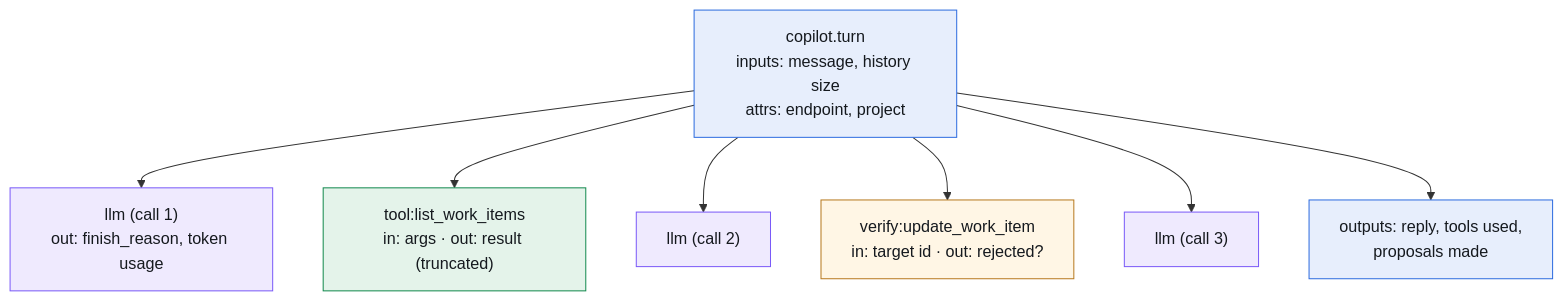
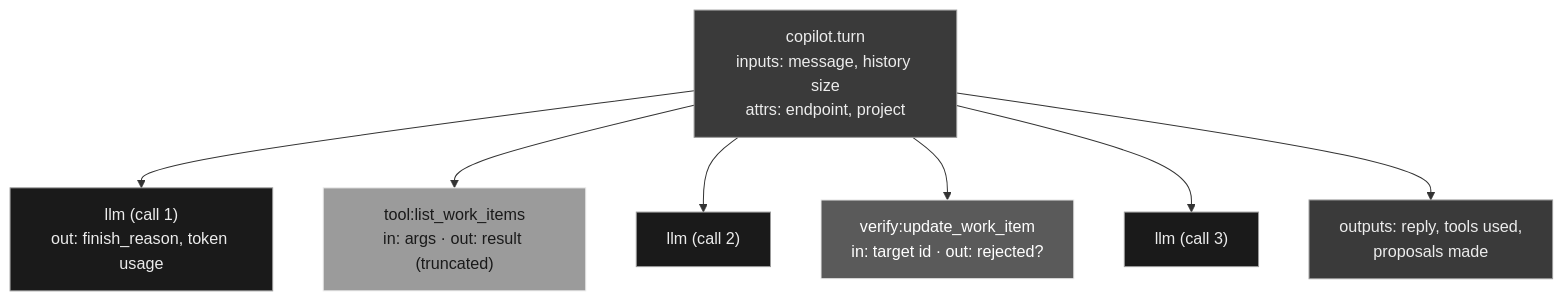
One commit to jpaladini/jpaladini changed the first of 2 diagrams in src/content/blog/ado-mlflow-tracing.md. Above: the diagram before and after it, drawn with Mermaid. The commit also changed other lines of this file and 7 other files, not shown here.

First line of the commit message:
Fix diagram error, grey diagram palette, home diagram scroll, service dates

````diff
--- a/src/content/blog/ado-mlflow-tracing.md
+++ b/src/content/blog/ado-mlflow-tracing.md
@@ -54,19 +54,19 @@
 ```mermaid
 flowchart TB
   T["copilot.turn<br/>inputs: message, history size<br/>attrs: endpoint, project"]
   T --> L1["llm (call 1)<br/>out: finish_reason, token usage"]
   T --> TO1["tool:list_work_items<br/>in: args · out: result (truncated)"]
   T --> L2["llm (call 2)"]
   T --> V1["verify:update_work_item<br/>in: target id · out: rejected?"]
   T --> L3["llm (call 3)"]
   T --> O["outputs: reply, tools used,<br/>proposals made"]
 
-  classDef turn fill:#E7EEFC,stroke:#2D6CDF,color:#15191E;
-  classDef llm fill:#EFEAFE,stroke:#7A5AF8,color:#15191E;
-  classDef tool fill:#E4F3EA,stroke:#138A4E,color:#15191E;
-  classDef verify fill:#FFF6E5,stroke:#B7791F,color:#15191E;
+  classDef turn fill:#3a3a3a,stroke:#9b9b9b,color:#ececec;
+  classDef llm fill:#1a1a1a,stroke:#9b9b9b,color:#ececec;
+  classDef tool fill:#9b9b9b,stroke:#ececec,color:#1a1a1a;
+  classDef verify fill:#5a5a5a,stroke:#ececec,color:#ffffff;
   class T,O turn;
   class L1,L2,L3 llm;
   class TO1 tool;
   class V1 verify;
 ```
````
